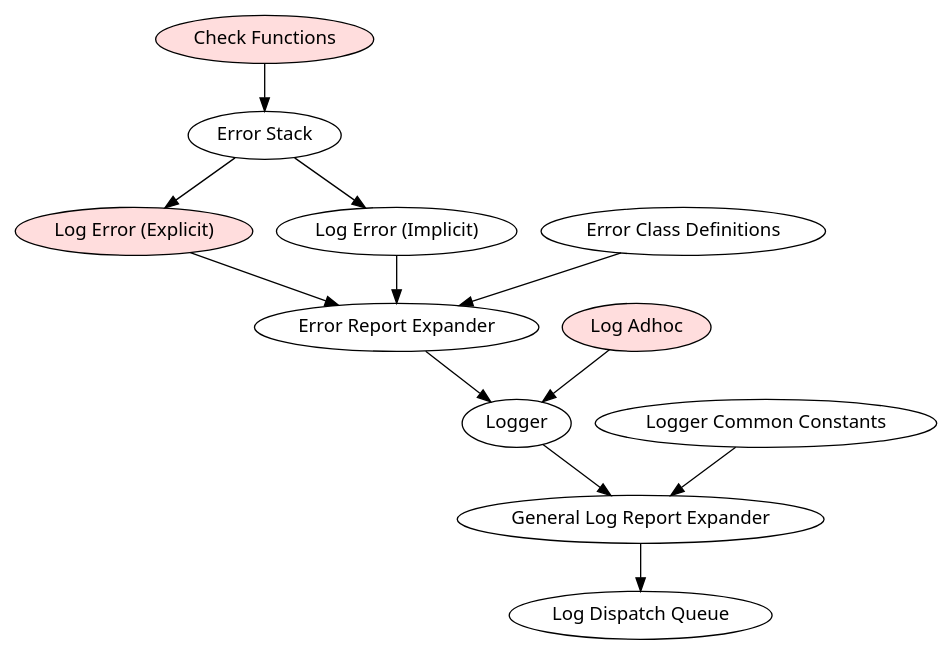
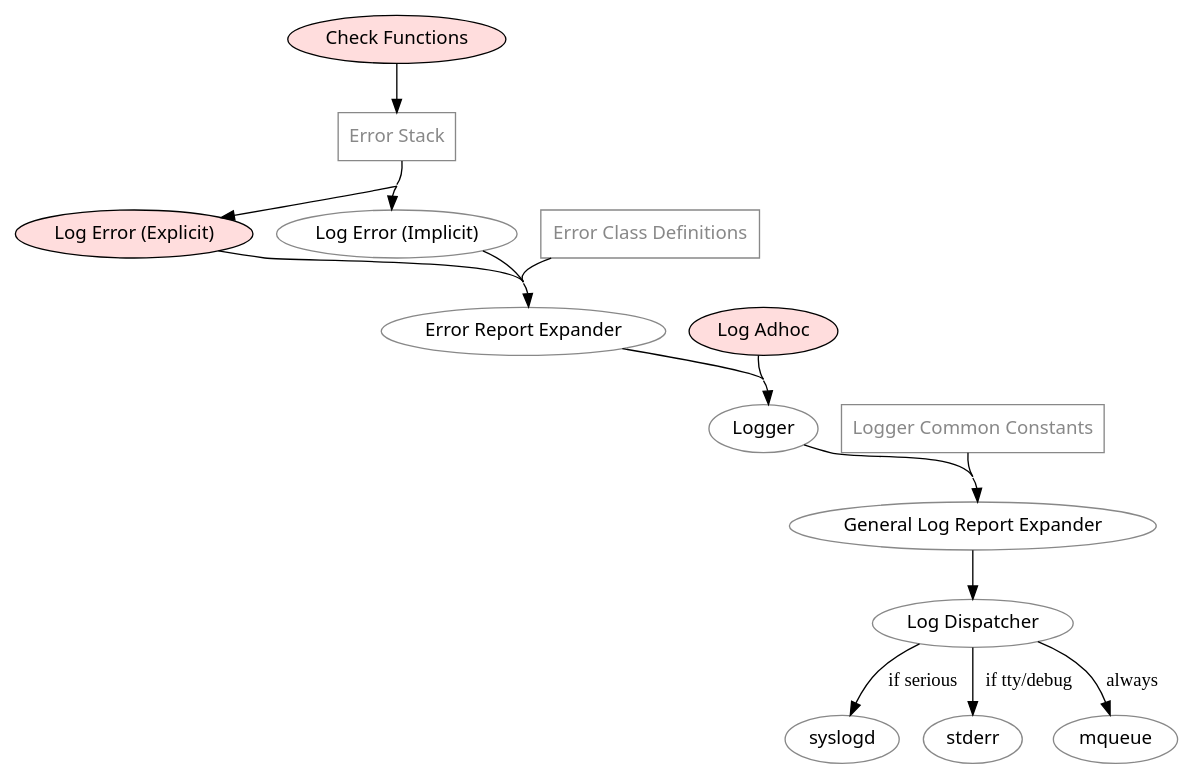
The diagram in doc/errors_logging.dot (josephwecker/gx), drawn with Graphviz before and after one commit. The commit also changed 1 other file, not shown here.

Commit message:
updated diagram from last night

```diff
--- a/doc/errors_logging.dot
+++ b/doc/errors_logging.dot
@@ -1,26 +1,35 @@
 digraph errors_and_logging {
   ratio=compress; splines=true; searchsize=200; mclimit=16.0;
   concentrate=true; nslimit=16.0;
   node [fontname="sans"];
 
   // Entrypoints
   node [fillcolor="#ffdddd",style=filled]
   "Check Functions"
   "Log Error (Explicit)"
   "Log Adhoc"
 
+  // Data/Config
+  node [shape="box",fontcolor="#888888",fillcolor=white,color="#888888"]
+  "Logger Common Constants"
+  "Error Class Definitions"
+  "Error Stack"
+
   // Normal
-  node [fillcolor=white,style=solid]
+  node [shape="ellipse",fontcolor=black,fillcolor=white,style=solid]
 
   "Check Functions" -> "Error Stack"
   "Error Stack" -> "Log Error (Explicit)"
   "Error Stack" -> "Log Error (Implicit)"
   "Log Error (Explicit)" -> "Error Report Expander"
   "Log Error (Implicit)" -> "Error Report Expander"
   "Error Class Definitions" -> "Error Report Expander"
   "Error Report Expander" -> "Logger"
   "Log Adhoc" -> "Logger"
   "Logger" -> "General Log Report Expander"
   "Logger Common Constants" -> "General Log Report Expander"
-  "General Log Report Expander" -> "Log Dispatch Queue"
+  "General Log Report Expander" -> "Log Dispatcher"
+  "Log Dispatcher" -> "syslogd" [ label="if serious" ]
+  "Log Dispatcher" -> "stderr"  [ label="if tty/debug" ]
+  "Log Dispatcher" -> "mqueue"  [ label="always" ]
 }
```
